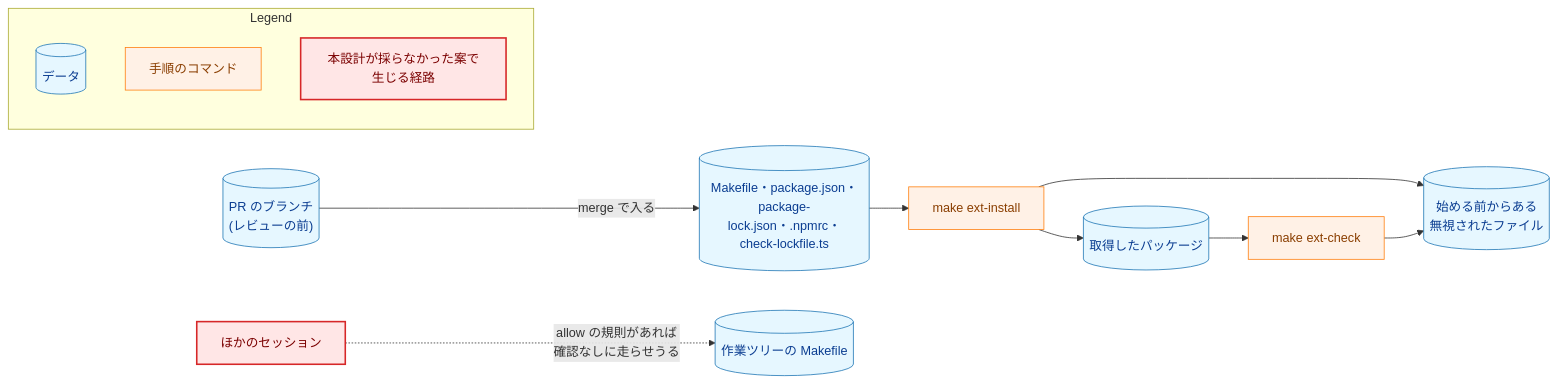
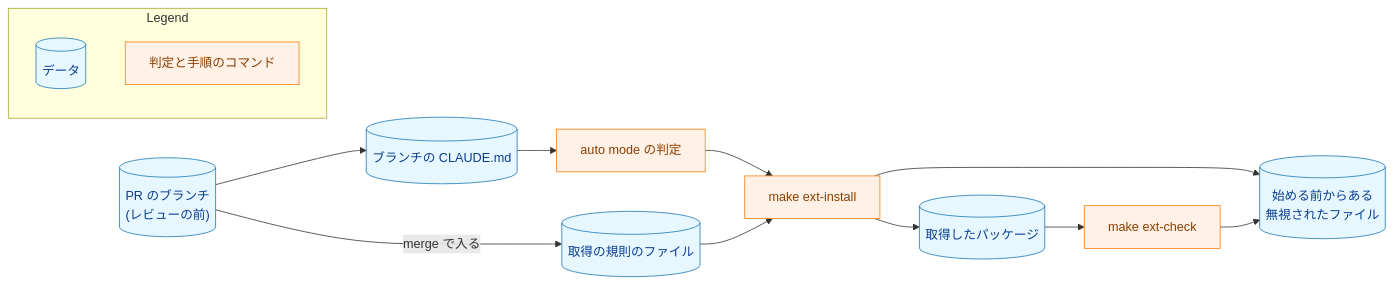
Before and after one commit to isseis/yt2column: the fourth of 5 diagrams in docs/tasks/0130_mergemain_ext_install/02_architecture.md, drawn with Mermaid. The commit also changed other lines of this file and 1 other file, not shown here.

First line of the commit message:
docs(0130): address the architecture review and improve its Japanese prose

````diff
--- a/docs/tasks/0130_mergemain_ext_install/02_architecture.md
+++ b/docs/tasks/0130_mergemain_ext_install/02_architecture.md
@@ -280,36 +305,34 @@
 ```mermaid
 flowchart LR
     classDef data fill:#e6f7ff,stroke:#1f77b4,stroke-width:1px,color:#0b3d91;
     classDef process fill:#fff1e6,stroke:#ff7f0e,stroke-width:1px,color:#8a3e00;
-    classDef problem fill:#ffe6e6,stroke:#d62728,stroke-width:2px,color:#7b0000;
 
     BRANCH[("PR のブランチ<br>(レビューの前)")]
-    RULES[("Makefile・package.json・<br>package-lock.json・.npmrc・<br>check-lockfile.ts")]
+    RULES[("取得の規則のファイル")]
+    CLAUDEMD[("ブランチの CLAUDE.md")]
+    JUDGE["auto mode の判定"]
     INSTALL["make ext-install"]
     PKG[("取得したパッケージ")]
     CHECK["make ext-check"]
     IGN[("始める前からある<br>無視されたファイル")]
-    SESSION["ほかのセッション"]
-    MK[("作業ツリーの Makefile")]
 
     BRANCH -->|"merge で入る"| RULES
+    BRANCH --> CLAUDEMD
+    CLAUDEMD --> JUDGE
+    JUDGE --> INSTALL
     RULES --> INSTALL
     INSTALL --> PKG
     PKG --> CHECK
     INSTALL --> IGN
     CHECK --> IGN
-    SESSION -.->|"allow の規則があれば<br>確認なしに走らせうる"| MK
 
-    class BRANCH,RULES,PKG,IGN,MK data
-    class INSTALL,CHECK process
-    class SESSION problem
+    class BRANCH,RULES,CLAUDEMD,PKG,IGN data
+    class JUDGE,INSTALL,CHECK process
 
     subgraph Legend["Legend"]
         L1[("データ")]
-        L2["手順のコマンド"]
-        L3["本設計が採らなかった案で生じる経路"]
+        L2["判定と手順のコマンド"]
     end
     class L1 data
     class L2 process
-    class L3 problem
 ```
````
